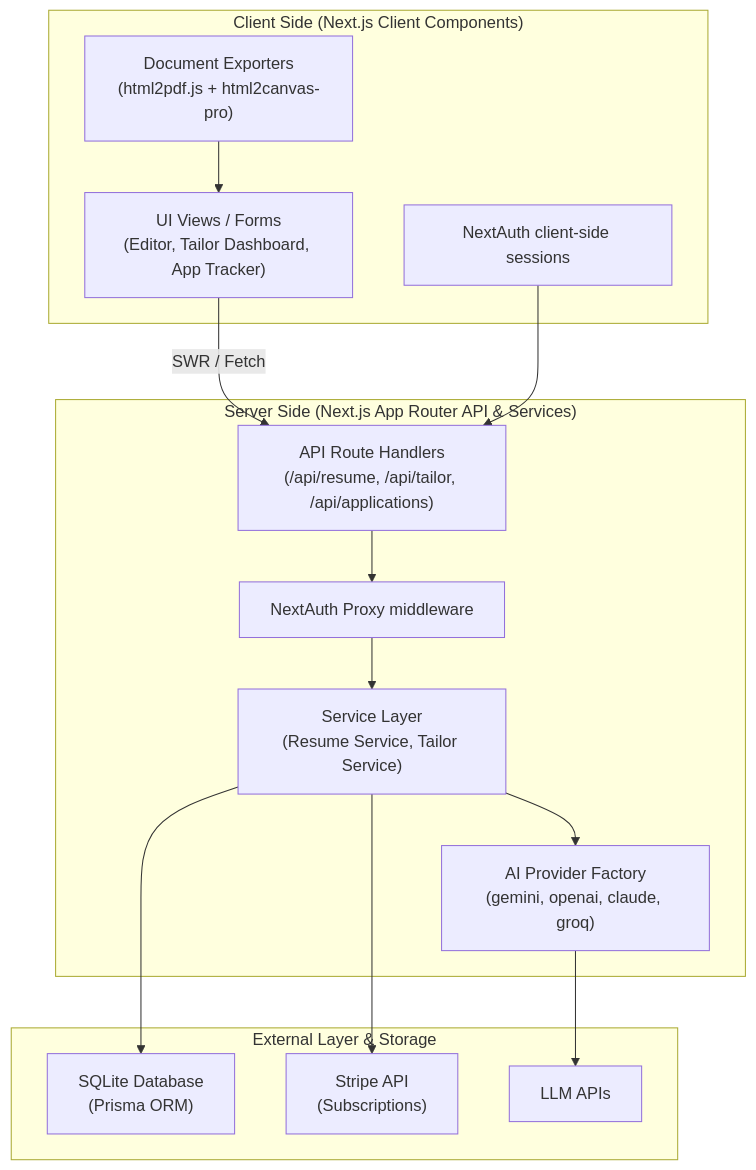
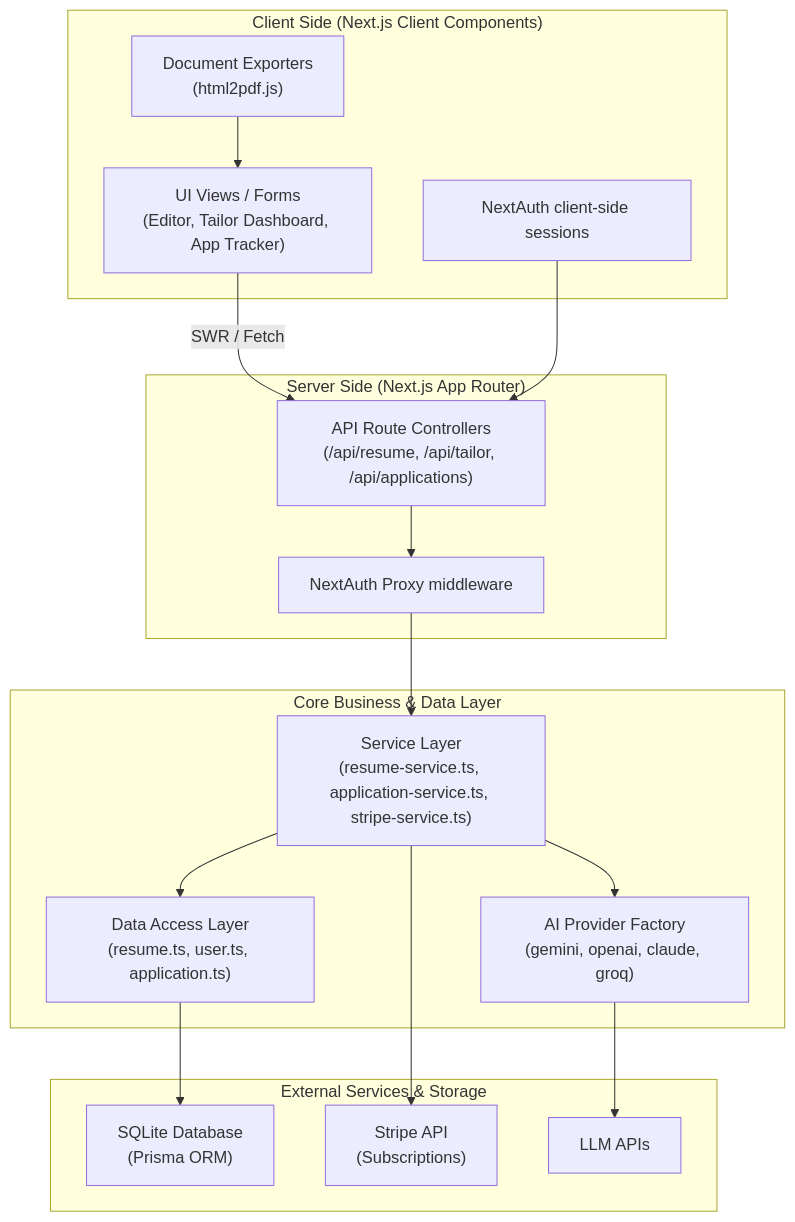
Before and after one commit to nasimuddinbd02/resume_builder: the first of 2 diagrams in README.md, drawn with Mermaid. The commit also changed other lines of this file and 17 other files, not shown here.

Commit message:
Refactor to N-Tier architecture, resolve lint errors, and update documentation

````diff
--- a/README.md
+++ b/README.md
@@ -27,31 +27,36 @@
 ```mermaid
 graph TD
     subgraph Client ["Client Side (Next.js Client Components)"]
         UI["UI Views / Forms<br>(Editor, Tailor Dashboard, App Tracker)"]
         ClientAuth["NextAuth client-side sessions"]
-        Exporters["Document Exporters<br>(html2pdf.js + html2canvas-pro)"]
+        Exporters["Document Exporters<br>(html2pdf.js)"]
     end
 
-    subgraph Server ["Server Side (Next.js App Router API & Services)"]
-        API["API Route Handlers<br>(/api/resume, /api/tailor, /api/applications)"]
+    subgraph Server ["Server Side (Next.js App Router)"]
+        API["API Route Controllers<br>(/api/resume, /api/tailor, /api/applications)"]
         Middleware["NextAuth Proxy middleware"]
-        ServiceLayer["Service Layer<br>(Resume Service, Tailor Service)"]
+    end
+    
+    subgraph Core ["Core Business & Data Layer"]
+        ServiceLayer["Service Layer<br>(resume-service.ts, application-service.ts, stripe-service.ts)"]
+        DataAccessLayer["Data Access Layer<br>(resume.ts, user.ts, application.ts)"]
         AIProvider["AI Provider Factory<br>(gemini, openai, claude, groq)"]
     end
 
-    subgraph External ["External Layer & Storage"]
+    subgraph External ["External Services & Storage"]
         DB["SQLite Database<br>(Prisma ORM)"]
         StripeAPI["Stripe API<br>(Subscriptions)"]
         LLM["LLM APIs"]
     end
 
     UI -->|SWR / Fetch| API
     Exporters --> UI
     ClientAuth --> API
     API --> Middleware
     Middleware --> ServiceLayer
-    ServiceLayer --> DB
+    ServiceLayer --> DataAccessLayer
     ServiceLayer --> StripeAPI
     ServiceLayer --> AIProvider
+    DataAccessLayer --> DB
     AIProvider --> LLM
 ```
````
